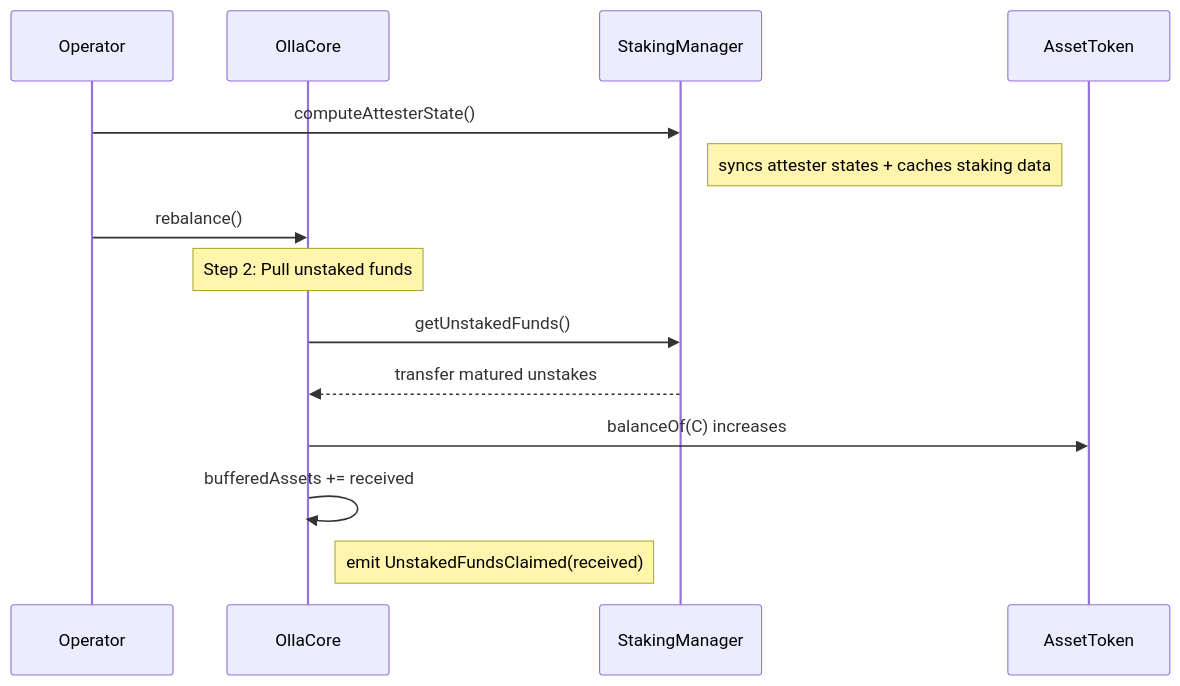
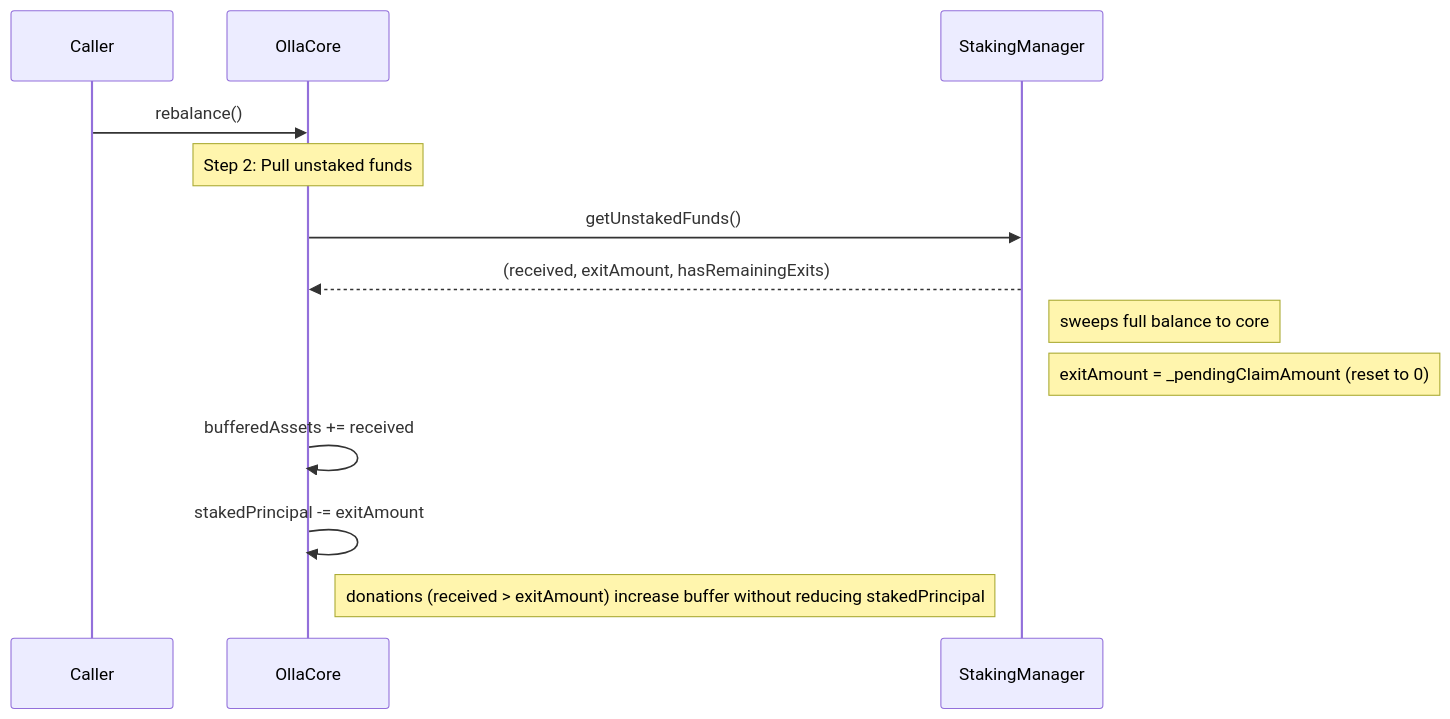
The third of 9 diagrams in docs/operator-actions.md (ollafinance/core), drawn with Mermaid before and after one commit. The commit also changed other lines of this file and 54 other files, not shown here.

First line of the commit message:
fix: make rebalance, accounting, and staking manager functions permissionless (#300)

````diff
--- a/docs/operator-actions.md
+++ b/docs/operator-actions.md
@@ -32,17 +52,16 @@
 ```mermaid
 sequenceDiagram
-    participant OP as Operator
+    participant A as Caller
     participant C as OllaCore
     participant SM as StakingManager
-    participant AZ as AssetToken
 
-    OP->>SM: computeAttesterState()
-    Note right of SM: syncs attester states + caches staking data
-    OP->>C: rebalance()
+    A->>C: rebalance()
     Note over C: Step 2: Pull unstaked funds
     C->>SM: getUnstakedFunds()
-    SM-->>C: transfer matured unstakes
-    C->>AZ: balanceOf(C) increases
+    SM-->>C: (received, exitAmount, hasRemainingExits)
+    Note right of SM: sweeps full balance to core
+    Note right of SM: exitAmount = _pendingClaimAmount (reset to 0)
     C->>C: bufferedAssets += received
-    Note right of C: emit UnstakedFundsClaimed(received)
+    C->>C: stakedPrincipal -= exitAmount
+    Note right of C: donations (received > exitAmount) increase buffer without reducing stakedPrincipal
 ```
````
